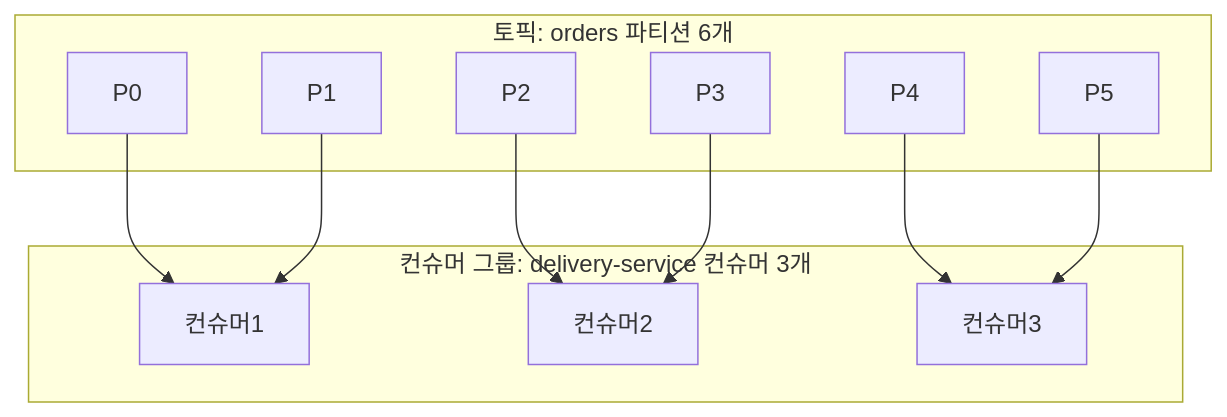
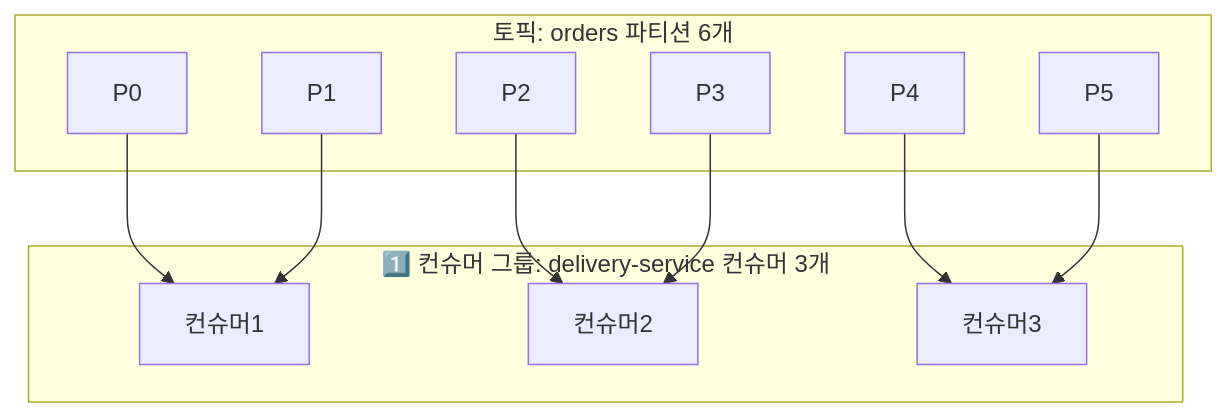
Before and after one commit to yjkim2015/yjkim2015.github.io: the fourth of 12 diagrams in _posts/kafka/2026-05-02-kafka-deep.md, drawn with Mermaid. The commit also changed other lines of this file and 92 other files, not shown here.

First line of the commit message:
Major quality rewrite: 98 files, Mermaid fix, extreme-scenario component

````diff
--- a/_posts/kafka/2026-05-02-kafka-deep.md
+++ b/_posts/kafka/2026-05-02-kafka-deep.md
@@ -171,24 +184,24 @@
 ```mermaid
 graph TD
     subgraph "토픽: orders 파티션 6개"
         P0[P0]
         P1[P1]
         P2[P2]
         P3[P3]
         P4[P4]
         P5[P5]
     end
 
-    subgraph "컨슈머 그룹: delivery-service 컨슈머 3개"
+    subgraph "1️⃣ 컨슈머 그룹: delivery-service 컨슈머 3개"
         C1["컨슈머1"]
         C2["컨슈머2"]
         C3["컨슈머3"]
     end
 
     P0 --> C1
     P1 --> C1
     P2 --> C2
     P3 --> C2
     P4 --> C3
     P5 --> C3
 ```
````
